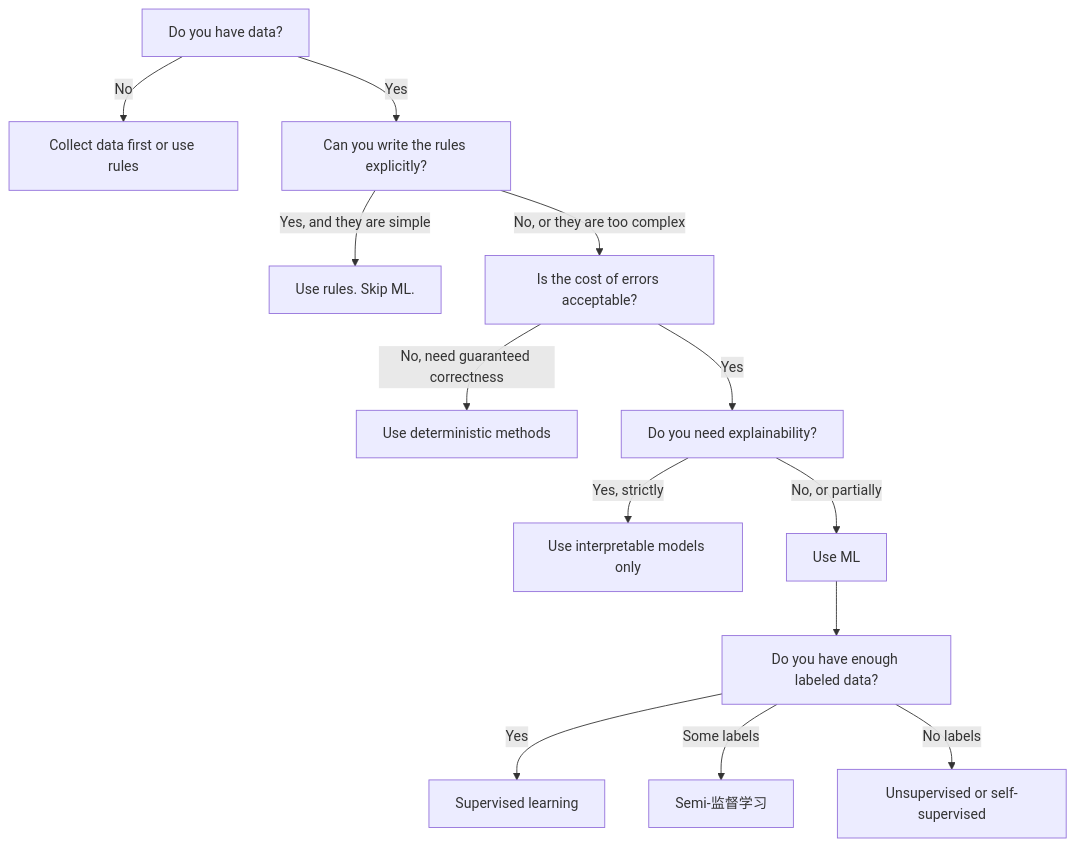
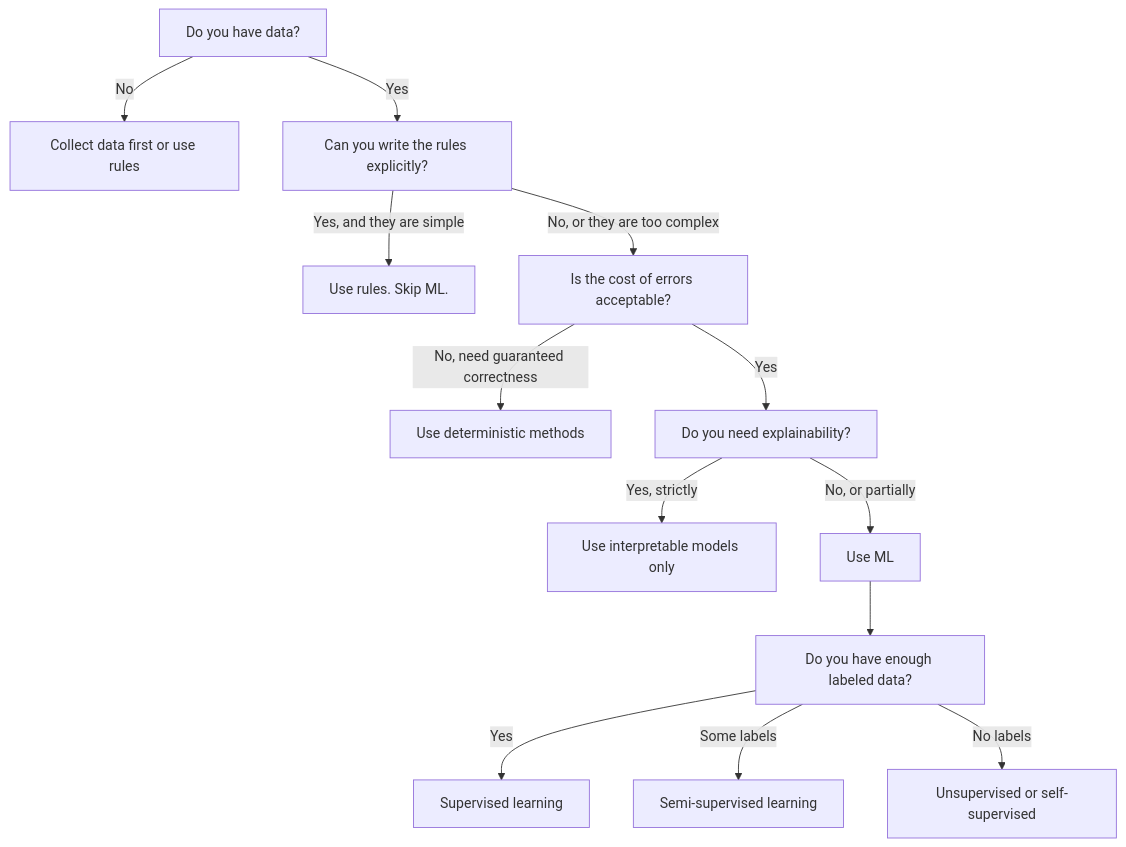
Before and after one commit to arwei944/ai-engineering-from-scratch: the sixth of 6 diagrams in phases/02-ml-fundamentals/01-what-is-machine-learning/docs/zh.md, drawn with Mermaid. The commit also changed other lines of this file and 65 other files, not shown here.

````diff
--- a/phases/02-ml-fundamentals/01-what-is-machine-learning/docs/zh.md
+++ b/phases/02-ml-fundamentals/01-what-is-machine-learning/docs/zh.md
@@ -275,15 +275,15 @@
 ```mermaid
 flowchart TD
     A["Do you have data?"] -->|No| B["Collect data first or use rules"]
     A -->|Yes| C["Can you write the rules explicitly?"]
     C -->|"Yes, and they are simple"| D["Use rules. Skip ML."]
     C -->|"No, or they are too complex"| E["Is the cost of errors acceptable?"]
     E -->|"No, need guaranteed correctness"| F["Use deterministic methods"]
     E -->|Yes| G["Do you need explainability?"]
     G -->|"Yes, strictly"| H["Use interpretable models only"]
     G -->|"No, or partially"| I["Use ML"]
     I --> J["Do you have enough labeled data?"]
     J -->|Yes| K["Supervised learning"]
-    J -->|"Some labels"| L["Semi-监督学习"]
+    J -->|"Some labels"| L["Semi-supervised learning"]
     J -->|"No labels"| M["Unsupervised or self-supervised"]
 ```
````
